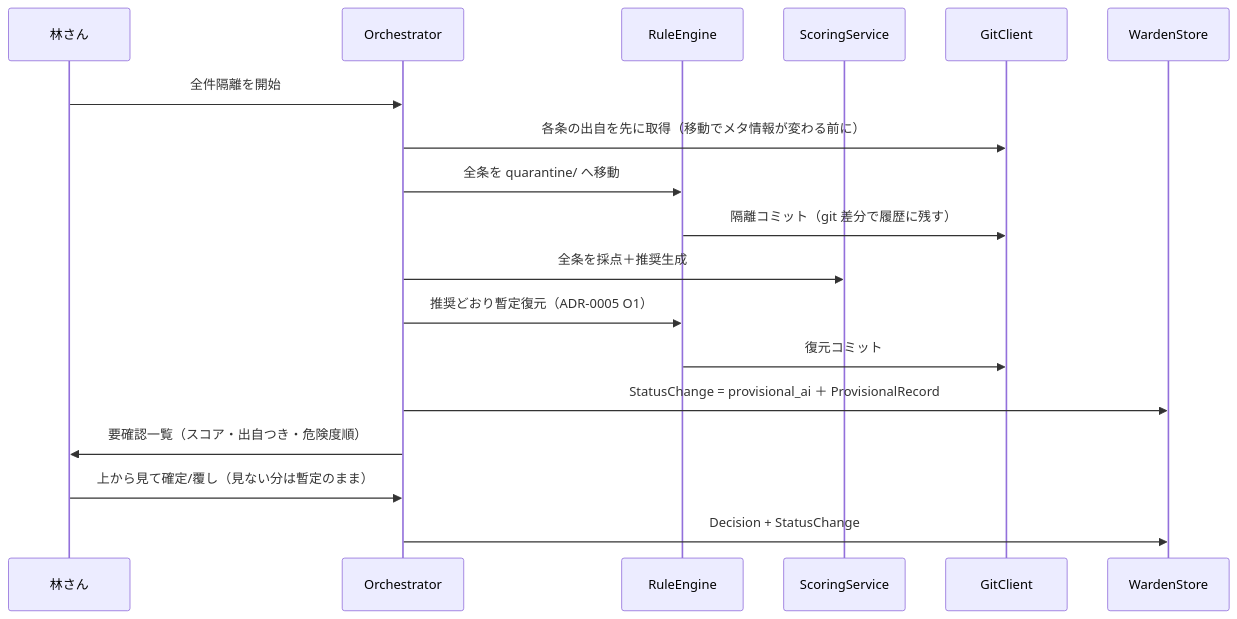
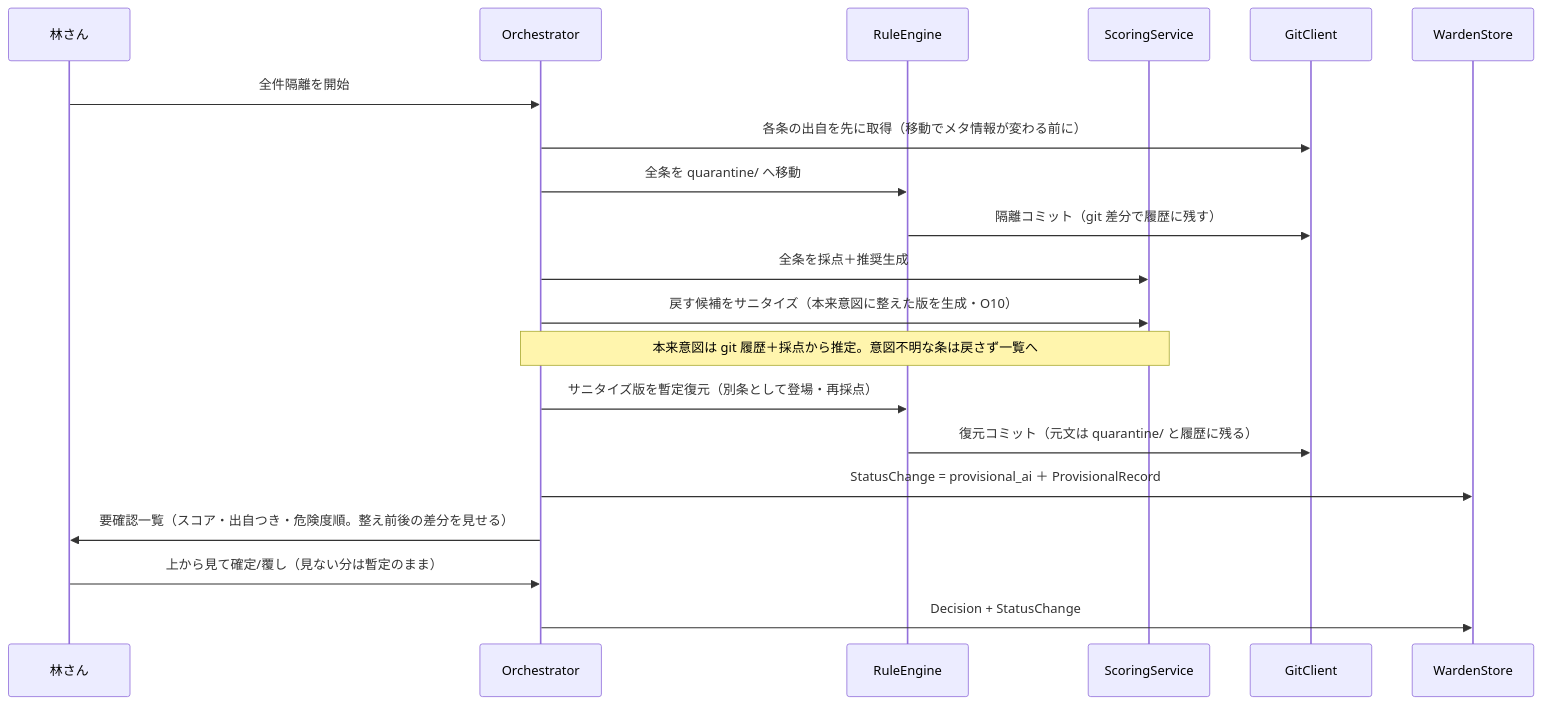
One commit to khayashi4337/rule-warden changed the fourth of 6 diagrams in docs/adr/0002.5-domain-model.md. Above: the diagram before and after it, drawn with Mermaid. The commit also changed 4 other files, not shown here.

````diff
--- a/docs/adr/0002.5-domain-model.md
+++ b/docs/adr/0002.5-domain-model.md
@@ -238,21 +238,23 @@
 ```mermaid
 sequenceDiagram
     participant H as 林さん
     participant O as Orchestrator
     participant RE as RuleEngine
     participant SC as ScoringService
     participant GC as GitClient
     participant DB as WardenStore
 
     H->>O: 全件隔離を開始
     O->>GC: 各条の出自を先に取得（移動でメタ情報が変わる前に）
     O->>RE: 全条を quarantine/ へ移動
     RE->>GC: 隔離コミット（git 差分で履歴に残す）
     O->>SC: 全条を採点＋推奨生成
-    O->>RE: 推奨どおり暫定復元（ADR-0005 O1）
-    RE->>GC: 復元コミット
+    O->>SC: 戻す候補をサニタイズ（本来意図に整えた版を生成・O10）
+    Note over O,SC: 本来意図は git 履歴＋採点から推定。意図不明な条は戻さず一覧へ
+    O->>RE: サニタイズ版を暫定復元（別条として登場・再採点）
+    RE->>GC: 復元コミット（元文は quarantine/ と履歴に残る）
     O->>DB: StatusChange = provisional_ai ＋ ProvisionalRecord
-    O->>H: 要確認一覧（スコア・出自つき・危険度順）
+    O->>H: 要確認一覧（スコア・出自つき・危険度順。整え前後の差分を見せる）
     H->>O: 上から見て確定/覆し（見ない分は暫定のまま）
     O->>DB: Decision + StatusChange
 ```
````
